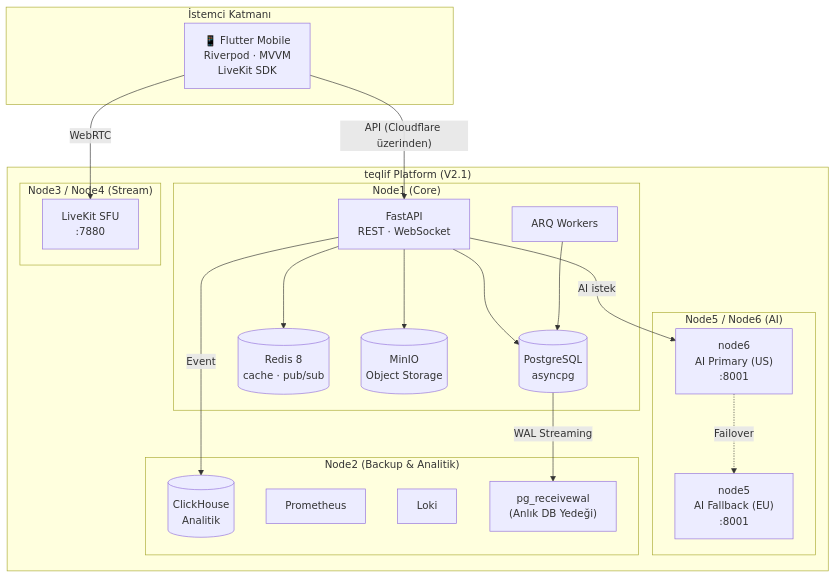
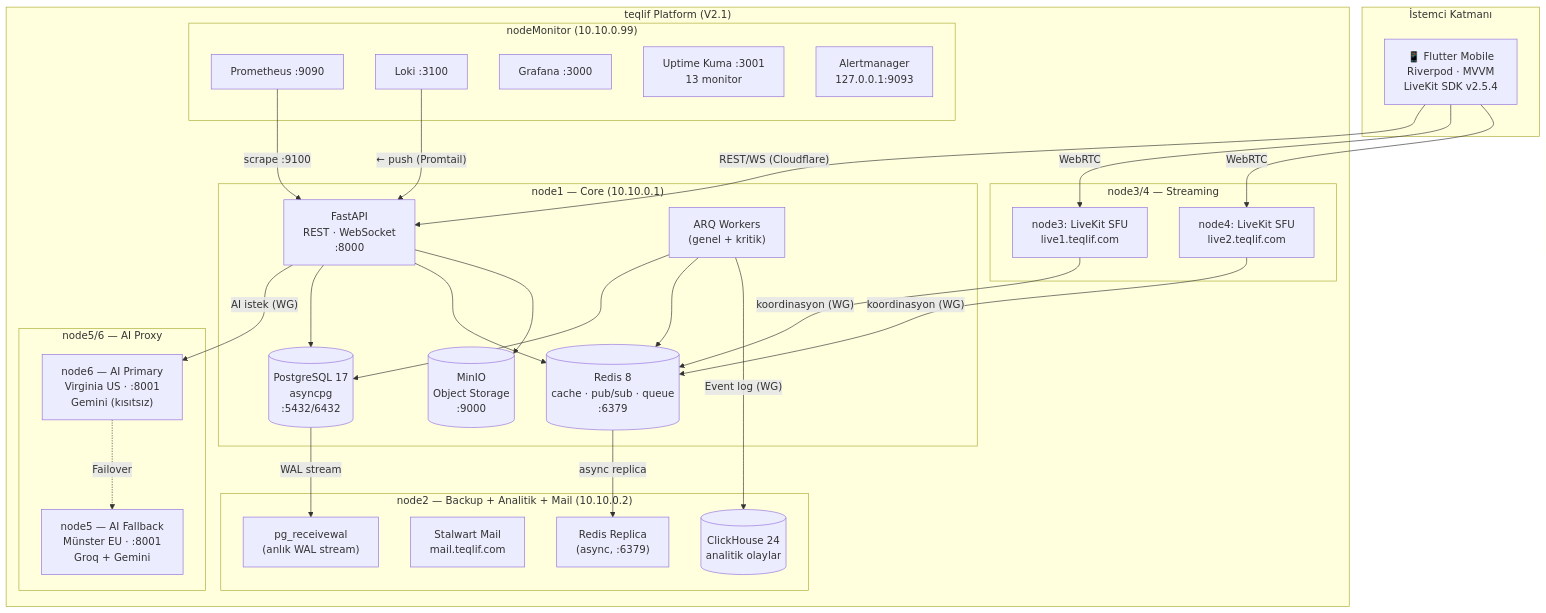
Before and after one commit to tucibeyin/teqlif: the second of 12 diagrams in README.md, drawn with Mermaid. The commit also changed other lines of this file, not shown here.

````diff
--- a/README.md
+++ b/README.md
@@ -151,40 +190,55 @@
 ```mermaid
 flowchart TB
     subgraph CLIENT["İstemci Katmanı"]
-        MOB["📱 Flutter Mobile\nRiverpod · MVVM\nLiveKit SDK"]
+        MOB["📱 Flutter Mobile\nRiverpod · MVVM\nLiveKit SDK v2.5.4"]
     end
 
     subgraph PLATFORM["teqlif Platform (V2.1)"]
-        subgraph CORE["Node1 (Core)"]
-            API["FastAPI\nREST · WebSocket"]
-            WORKER["ARQ Workers"]
-            PG[("PostgreSQL\nasyncpg")]
-            RD[("Redis 8\ncache · pub/sub")]
-            MN[("MinIO\nObject Storage")]
+        subgraph CORE["node1 — Core (10.10.0.1)"]
+            API["FastAPI\nREST · WebSocket\n:8000"]
+            WORKER["ARQ Workers\n(genel + kritik)"]
+            PG[("PostgreSQL 17\nasyncpg\n:5432/6432")]
+            RD[("Redis 8\ncache · pub/sub · queue\n:6379")]
+            MN[("MinIO\nObject Storage\n:9000")]
         end
-        subgraph STREAM["Node3 / Node4 (Stream)"]
-            LK["LiveKit SFU\n:7880"]
+
+        subgraph STREAM["node3/4 — Streaming"]
+            LK3["node3: LiveKit SFU\nlive1.teqlif.com"]
+            LK4["node4: LiveKit SFU\nlive2.teqlif.com"]
         end
-        subgraph AIPROXY["Node5 / Node6 (AI)"]
-            N6P["node6\nAI Primary (US)\n:8001"]
-            N5P["node5\nAI Fallback (EU)\n:8001"]
+
+        subgraph AIPROXY["node5/6 — AI Proxy"]
+            N6P["node6 — AI Primary\nVirginia US · :8001\nGemini (kısıtsız)"]
+            N5P["node5 — AI Fallback\nMünster EU · :8001\nGroq + Gemini"]
         end
-        subgraph OBS["Node2 (Backup & Analitik)"]
-            CH[("ClickHouse\nAnalitik")]
-            PROM["Prometheus"]
-            LOKI["Loki"]
-            WAL["pg_receivewal\n(Anlık DB Yedeği)"]
+
+        subgraph BACKUP["node2 — Backup + Analitik + Mail (10.10.0.2)"]
+            CH[("ClickHouse 24\nanalitik olaylar")]
+            STALWART["Stalwart Mail\nmail.teqlif.com"]
+            WALR["pg_receivewal\n(anlık WAL stream)"]
+            RDREP["Redis Replica\n(async, :6379)"]
+        end
+
+        subgraph MON["nodeMonitor (10.10.0.99)"]
+            PROM["Prometheus :9090"]
+            LOKI["Loki :3100"]
+            GRAFANA["Grafana :3000"]
+            KUMA["Uptime Kuma :3001\n13 monitor"]
+            ALERT["Alertmanager\n127.0.0.1:9093"]
         end
     end
 
-    MOB -->|"API (Cloudflare üzerinden)"| API
-    MOB -->|"WebRTC"| LK
-    API -->|"AI istek"| N6P
+    MOB -->|"REST/WS (Cloudflare)"| API
+    MOB -->|"WebRTC"| LK3
+    MOB -->|"WebRTC"| LK4
+    API -->|"AI istek (WG)"| N6P
     N6P -.->|"Failover"| N5P
-    API --> PG
-    API --> RD
-    API --> MN
-    API -->|"Event"| CH
-    WORKER --> PG
-    PG -->|"WAL Streaming"| WAL
+    API --> PG & RD & MN
+    WORKER --> PG & RD
+    WORKER -->|"Event log (WG)"| CH
+    PG -->|"WAL stream"| WALR
+    RD -->|"async replica"| RDREP
+    LK3 & LK4 -->|"koordinasyon (WG)"| RD
+    PROM -->|"scrape :9100"| API
+    LOKI -->|"← push (Promtail)"| API
 ```
````
